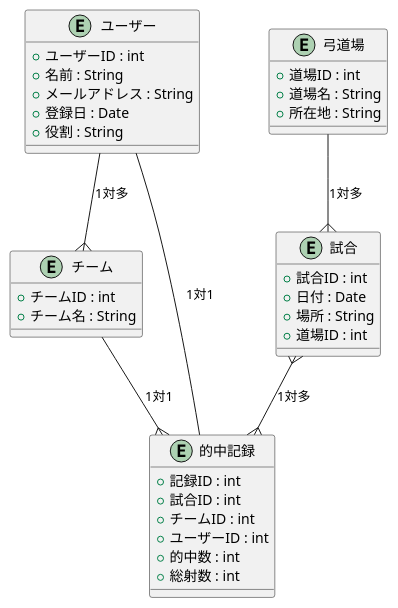
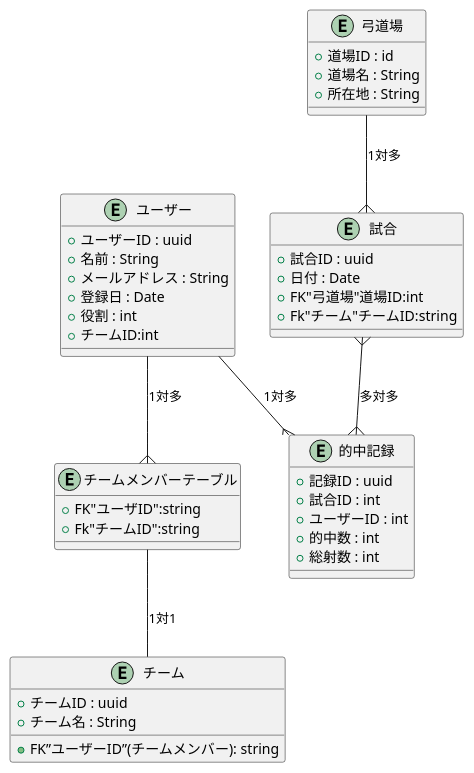
The diagram in aa.puml (kotaro-sudo-ono/sample_app), drawn with PlantUML before and after one commit.

Commit message:
[add]ER図の作成

```diff
--- a/aa.puml
+++ b/aa.puml
@@ -1,42 +1,49 @@
 @startuml
 entity "ユーザー" as user {
-    +ユーザーID : int
+    +ユーザーID : uuid
     +名前 : String
     +メールアドレス : String
     +登録日 : Date
-    +役割 : String
+    +役割 : int
+    +チームID:int
+    
 }
 
 entity "弓道場" as dojo {
-    +道場ID : int
+    +道場ID : id
     +道場名 : String
     +所在地 : String
 }
 
 entity "試合" as match {
-    +試合ID : int
+    +試合ID : uuid
     +日付 : Date
-    +場所 : String
-    +道場ID : int
+    +FK"弓道場"道場ID:int
+    +Fk"チーム"チームID:string
+}
+
+entity "チームメンバーテーブル" as team_members{
+    +FK"ユーザID":string
+    +Fk"チームID":string
 }
 
 entity "チーム" as team {
-    +チームID : int
+    +チームID : uuid
     +チーム名 : String
+    +FK”ユーザーID”(チームメンバー): string
 }
 
 entity "的中記録" as score {
-    +記録ID : int
+    +記録ID : uuid
     +試合ID : int
-    +チームID : int
     +ユーザーID : int
     +的中数 : int
     +総射数 : int
 }
 
-user -- score : "1対1"  
-match }--{ score : "1対多"  
-team --{ score : "1対1"   
+user --{ score : "1対多"  
+match }--{ score : "多対多"     
 dojo --{ match : "1対多"  
-user --{ team : "1対多"
+user --{ team_members :"1対多"
+team_members--team :"1対1"
 @enduml
```
